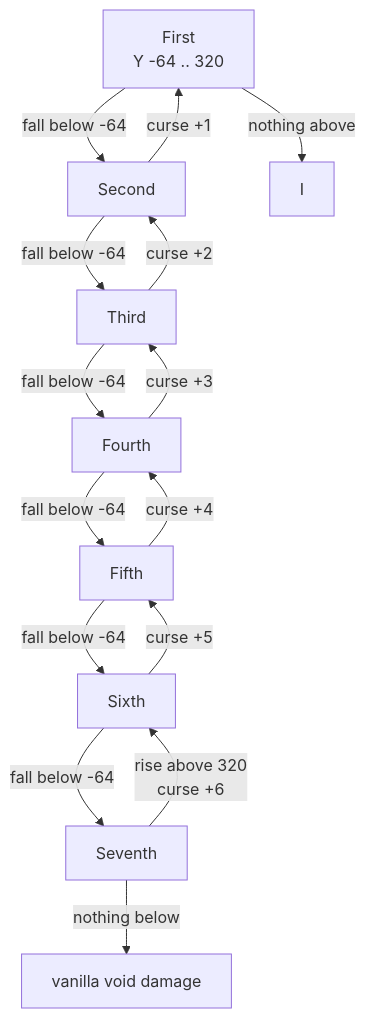
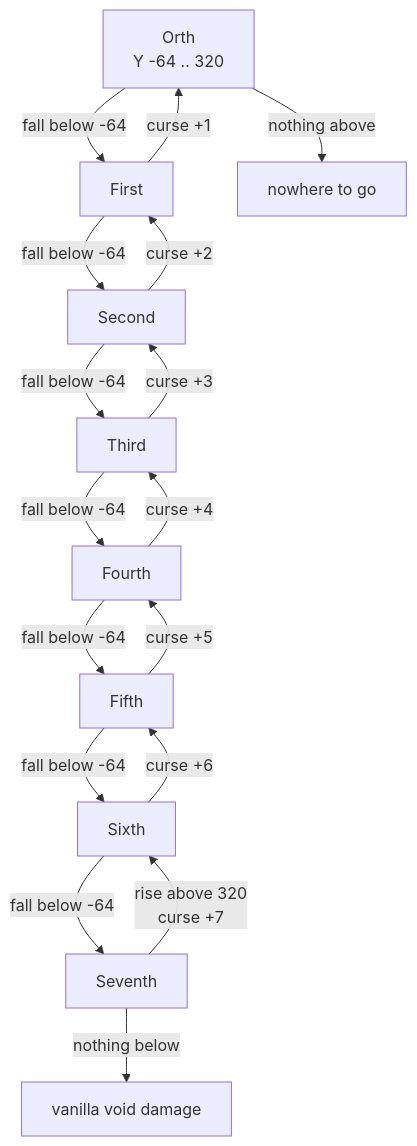
The first of 7 diagrams in ARCHITECTURE.md (XodiumSoftware/mine-in-abyss), drawn with Mermaid before and after one commit. The commit also changed other lines of this file and 27 other files, not shown here.

````diff
--- a/ARCHITECTURE.md
+++ b/ARCHITECTURE.md
@@ -32,18 +32,20 @@
 ```mermaid
 graph TD
-    A["First<br/>Y -64 .. 320"] -->|"fall below -64"| B["Second"]
+    A["Orth<br/>Y -64 .. 320"] -->|"fall below -64"| A1["First"]
+    A1 -->|"fall below -64"| B["Second"]
     B -->|"fall below -64"| C["Third"]
     C -->|"fall below -64"| D["Fourth"]
     D -->|"fall below -64"| E["Fifth"]
     E -->|"fall below -64"| F["Sixth"]
     F -->|"fall below -64"| G["Seventh"]
     G -->|"nothing below"| H["vanilla void damage"]
 
-    G -->|"rise above 320<br/>curse +6"| F
-    F -->|"curse +5"| E
-    E -->|"curse +4"| D
-    D -->|"curse +3"| C
-    C -->|"curse +2"| B
-    B -->|"curse +1"| A
-    A -->|"nothing above"| I
+    G -->|"rise above 320<br/>curse +7"| F
+    F -->|"curse +6"| E
+    E -->|"curse +5"| D
+    D -->|"curse +4"| C
+    C -->|"curse +3"| B
+    B -->|"curse +2"| A1
+    A1 -->|"curse +1"| A
+    A -->|"nothing above"| I["nowhere to go"]
 ```
````
